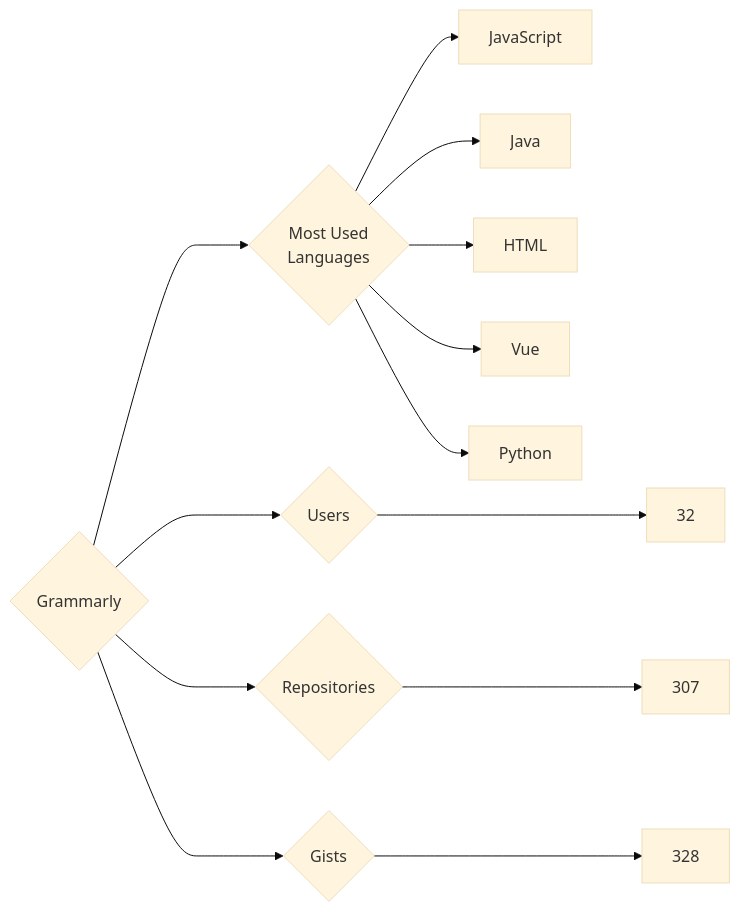
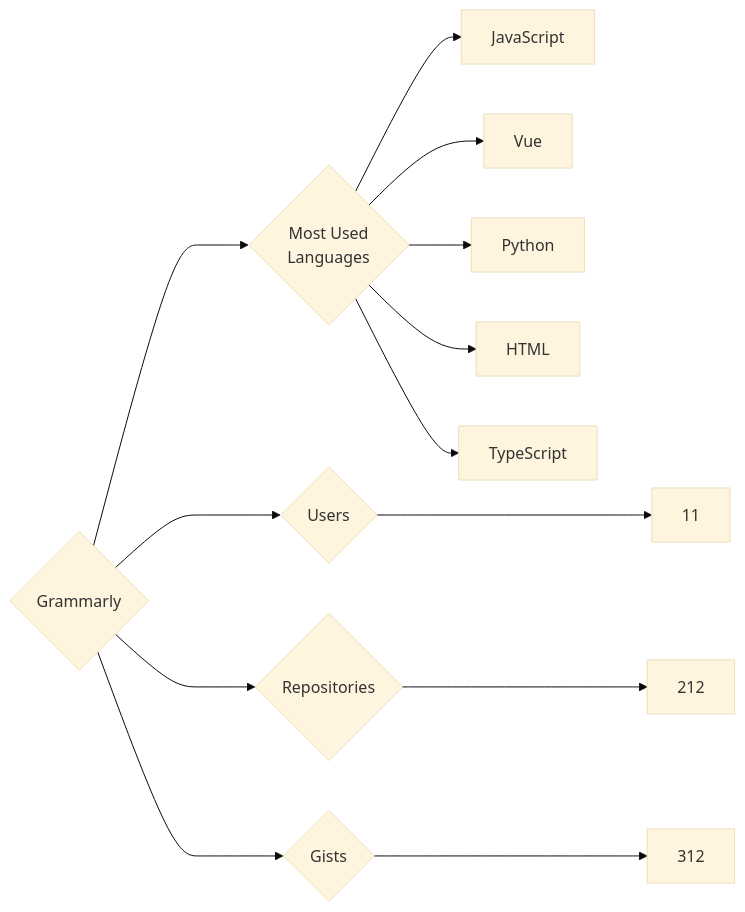
Before and after one commit to trickest/insiders: the diagram in targets/Grammarly/README.md, drawn with Mermaid (base theme). The commit also changed 750 other files, not shown here.

````diff
--- a/targets/Grammarly/README.md
+++ b/targets/Grammarly/README.md
@@ -3,13 +3,13 @@
 ```mermaid
 graph LR
 COMPANY_NAME{Grammarly}
-COMPANY_NAME ---> U{Users} ---> UN[32]
-COMPANY_NAME ---> R{Repositories} ---> RN[307]
-COMPANY_NAME ---> G{Gists} ---> GN[328]
+COMPANY_NAME ---> U{Users} ---> UN[11]
+COMPANY_NAME ---> R{Repositories} ---> RN[212]
+COMPANY_NAME ---> G{Gists} ---> GN[312]
 COMPANY_NAME ---> ML{Most Used<br>Languages}
 ML --> JavaScript[JavaScript]
-ML --> Java[Java]
-ML --> HTML[HTML]
 ML --> Vue[Vue]
 ML --> Python[Python]
+ML --> HTML[HTML]
+ML --> TypeScript[TypeScript]
 ```
````
